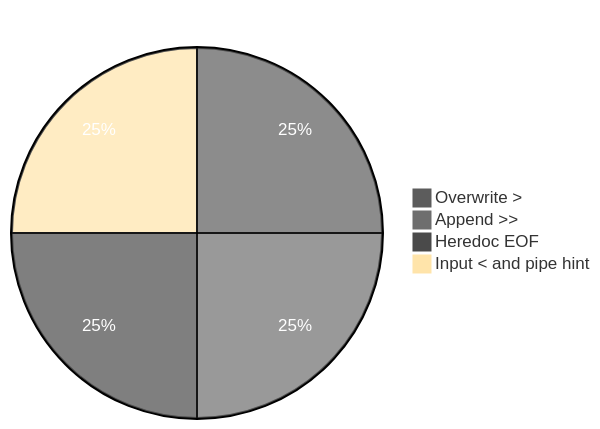
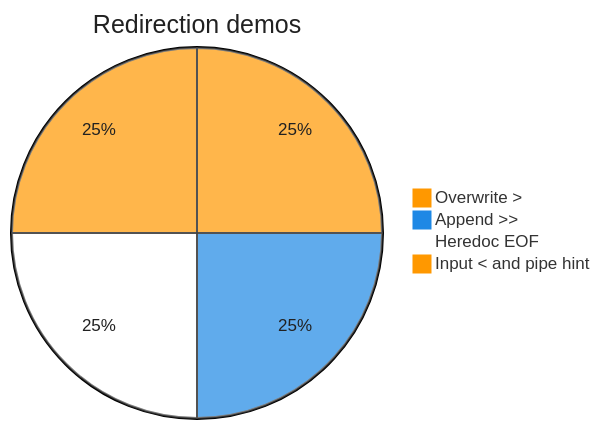
The diagram in scripts-execution-summary/Redirection.md (chaitussm/Linux-Basics), drawn with Mermaid before and after one commit. The commit also changed 20 other files, not shown here.

First line of the commit message:
Use orange, blue, and white Mermaid pie chart colors

````diff
--- a/scripts-execution-summary/Redirection.md
+++ b/scripts-execution-summary/Redirection.md
@@ -6,8 +6,8 @@
 ```mermaid
-%%{init: {'theme': 'base', 'themeVariables': {'pie1': '#5c5c5c', 'pie2': '#6e6e6e', 'pie3': '#4a4a4a', 'pieTitleTextColor': '#ffffff', 'pieSectionTextColor': '#ffffff'}}}%%
+%%{init: {'theme': 'base', 'themeVariables': {'pie1': '#FF9800', 'pie2': '#1E88E5', 'pie3': '#FFFFFF', 'pie4': '#FF9800', 'pie5': '#1E88E5', 'pieTitleTextColor': '#212121', 'pieSectionTextColor': '#212121', 'pieStrokeColor': '#424242'}}}%%
 pie title Redirection demos
     "Overwrite >" : 25
     "Append >>" : 25
     "Heredoc EOF" : 25
     "Input < and pipe hint" : 25
 ```
````
